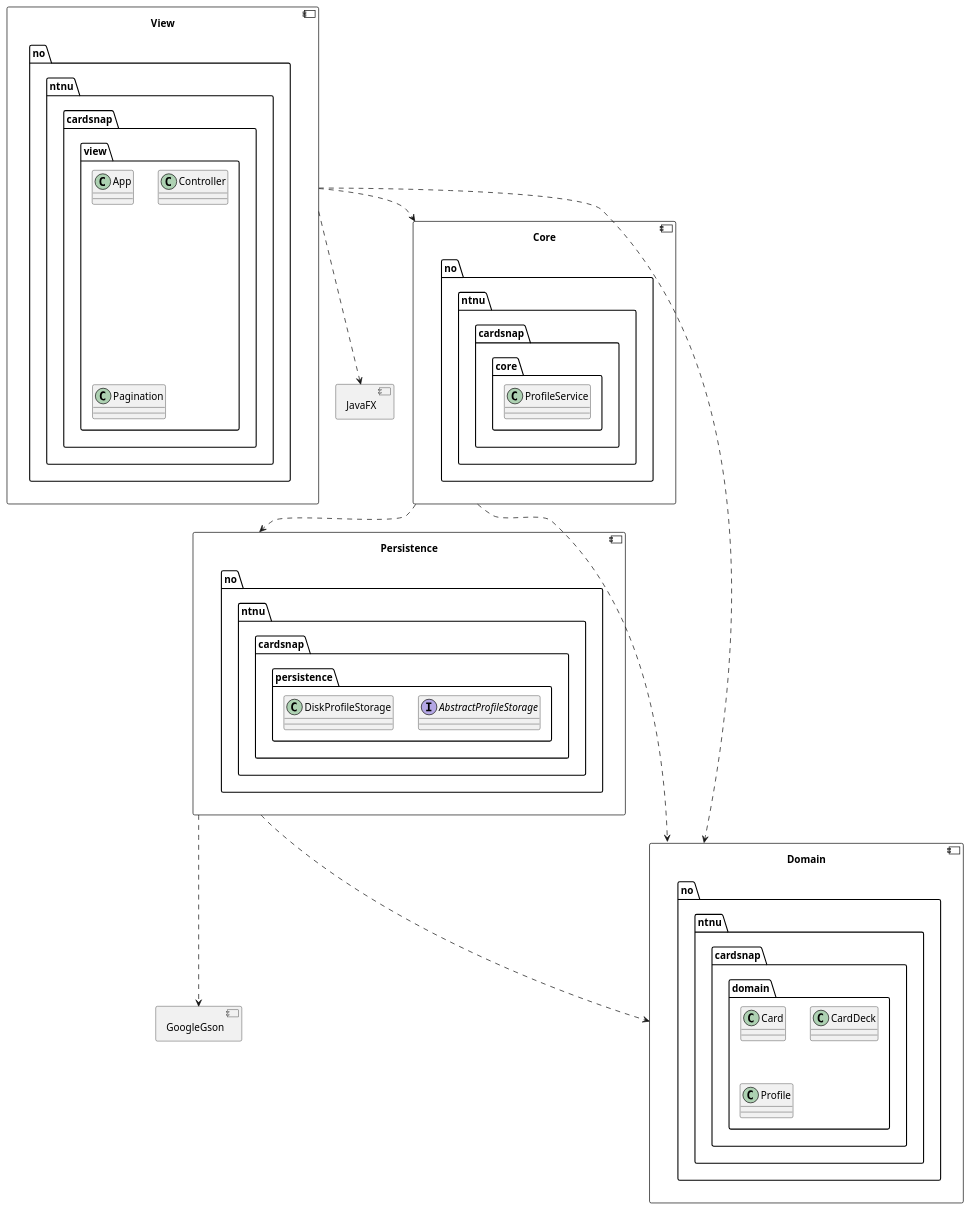
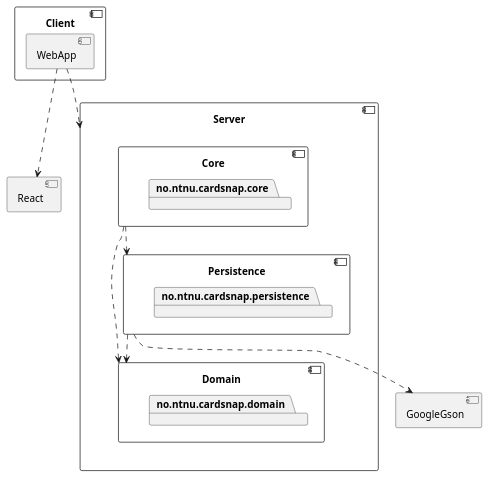
One commit to junlarsen/it1901 changed the diagram in cardsnap/architecture.puml. Above: the diagram before and after it, drawn with PlantUML. The commit also changed 16 other files, not shown here.

Commit message:
Remove all JavaFX code and update architecture to point to React

```diff
--- a/cardsnap/architecture.puml
+++ b/cardsnap/architecture.puml
@@ -1,47 +1,29 @@
 @startuml
-allowmixing
 
-component Core {
-    package no.ntnu.cardsnap.core {
-        class ProfileService
+component Server {
+    component Core {
+        package no.ntnu.cardsnap.core
+    }
+    component Domain {
+        package no.ntnu.cardsnap.domain
+    }
+    component Persistence {
+        package no.ntnu.cardsnap.persistence
     }
 }
 
-component Domain {
-    package no.ntnu.cardsnap.domain {
-        class Card
-        class CardDeck
-        class Profile
-    }
+component Client {
+    component WebApp
 }
 
-component Persistence {
-    package no.ntnu.cardsnap.persistence {
-        interface AbstractProfileStorage
-        class DiskProfileStorage
-    }
-}
+component GoogleGson
+component React
 
-component View {
-    package no.ntnu.cardsnap.view {
-        class App
-        class Controller
-        class Pagination
-    }
-}
-
-component GoogleGson {
-}
-
-component JavaFX {
-}
-
-View ..> Domain
-View ..> Core
-View ..> JavaFX
+WebApp ..> Server
+WebApp ..> React
 Persistence ..> Domain
 Persistence ..> GoogleGson
 Core ..> Domain
 Core ..> Persistence
 
 @enduml
```
